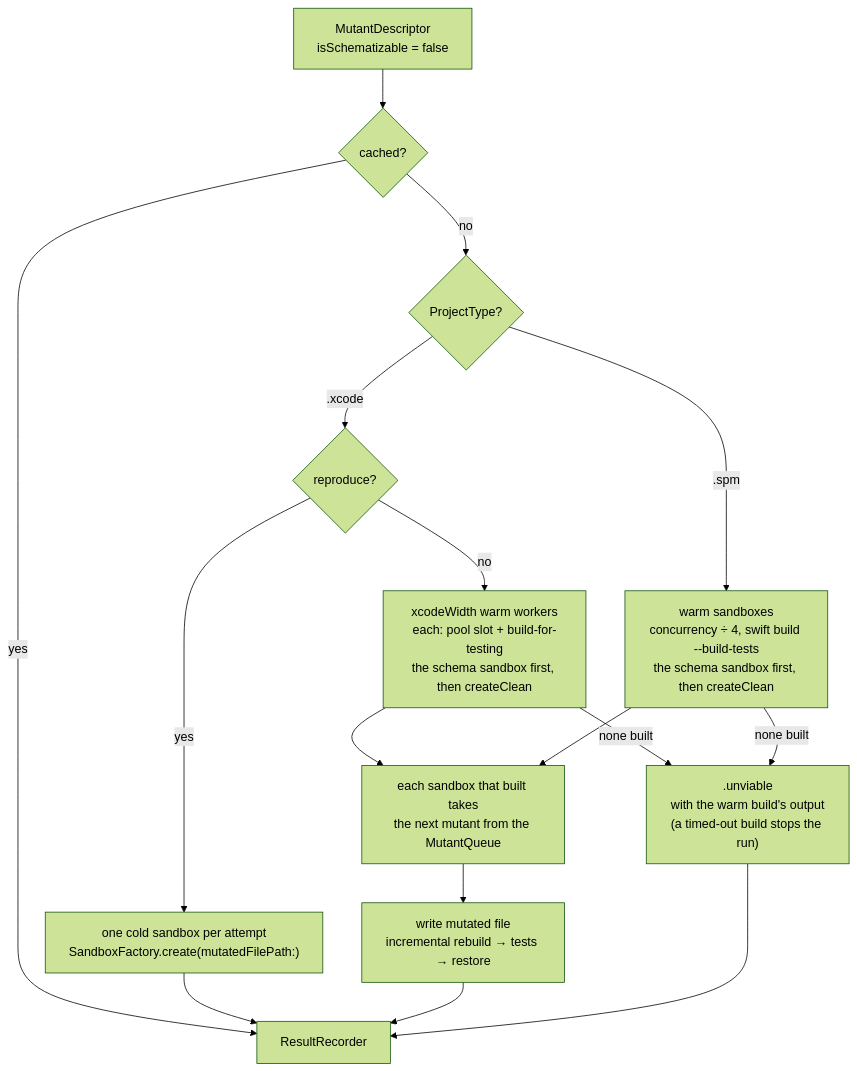
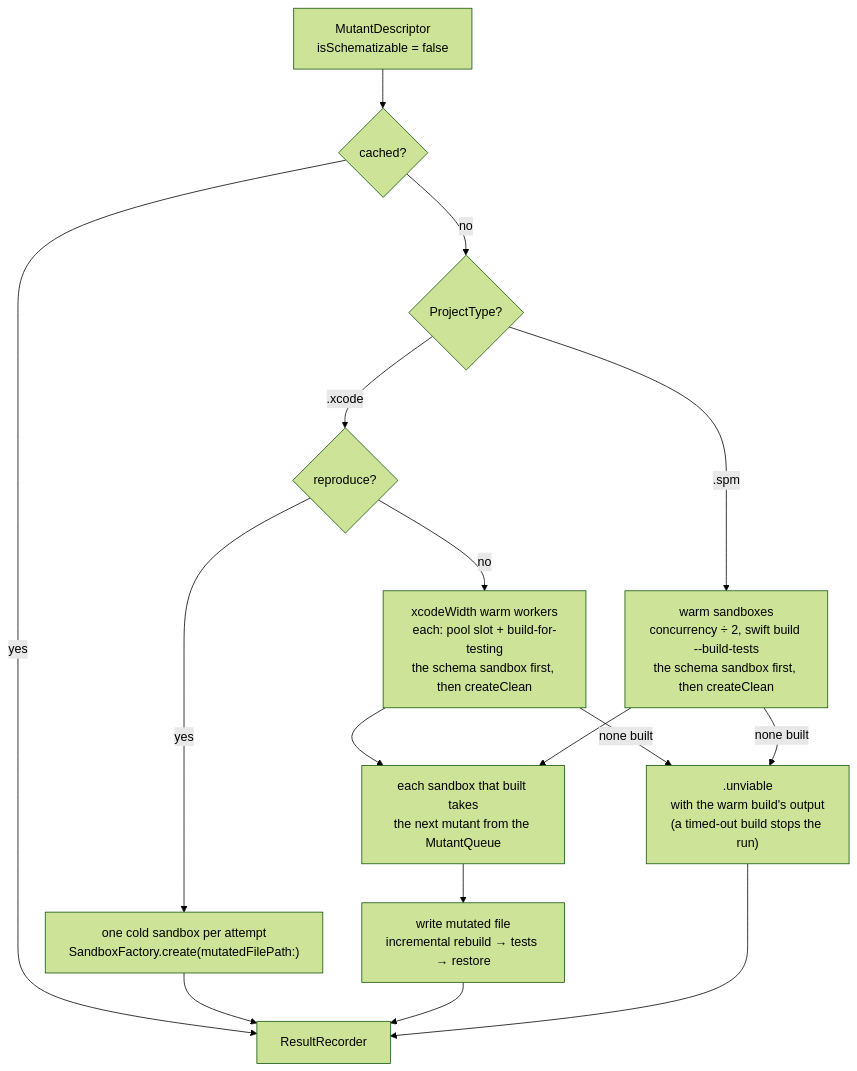
One commit to ericodx/swift-mutation-testing changed the fifth of 6 diagrams in Docs/Architecture/03-execution.md. Above: the diagram before and after it, drawn with Mermaid (forest theme). The commit also changed other lines of this file and 6 other files, not shown here.

Commit message:
docs: check the architecture documents against the code and redraw the module map, entry point, pipeline and execution diagrams

````diff
--- a/Docs/Architecture/03-execution.md
+++ b/Docs/Architecture/03-execution.md
@@ -223,18 +233,18 @@
 ```mermaid
 flowchart TD
     MUTANT["MutantDescriptor\nisSchematizable = false"] --> CACHE{cached?}
     CACHE -- yes --> REC[ResultRecorder]
     CACHE -- no --> PT{ProjectType?}
     PT -- .xcode --> REPRO{reproduce?}
     REPRO -- yes --> COLD["one cold sandbox per attempt\nSandboxFactory.create(mutatedFilePath:)"]
     REPRO -- no --> XW["xcodeWidth warm workers\neach: pool slot + build-for-testing\nthe schema sandbox first, then createClean"]
-    PT -- .spm --> SW["warm sandboxes\nconcurrency ÷ 4, swift build --build-tests\nthe schema sandbox first, then createClean"]
+    PT -- .spm --> SW["warm sandboxes\nconcurrency ÷ 2, swift build --build-tests\nthe schema sandbox first, then createClean"]
     XW -- none built --> UNVIABLE[".unviable\nwith the warm build's output\n(a timed-out build stops the run)"]
     SW -- none built --> UNVIABLE
     XW --> DEAL["each sandbox that built takes\nthe next mutant from the MutantQueue"]
     SW --> DEAL
     DEAL --> WRITE["write mutated file\nincremental rebuild → tests → restore"]
     COLD --> REC
     WRITE --> REC
     UNVIABLE --> REC
 ```
````
